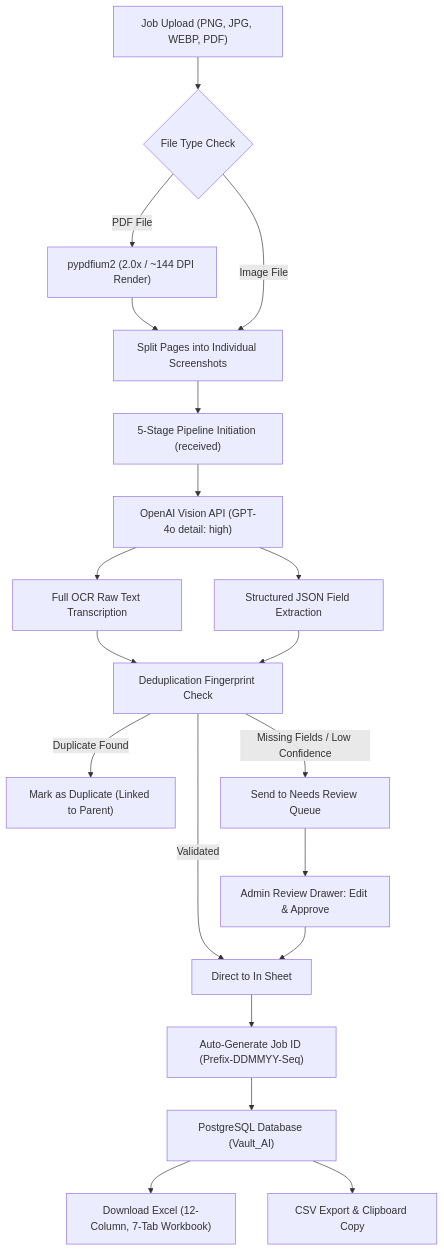
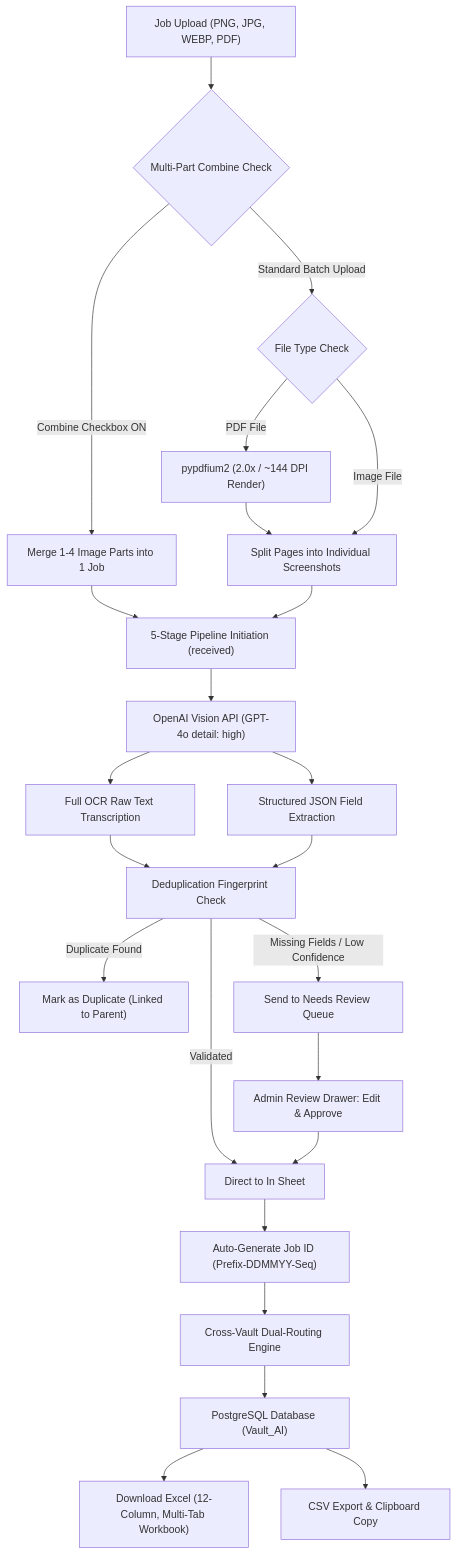
Before and after one commit to ddpldeveloperahul/Vault_AI: the diagram in README.md, drawn with Mermaid. The commit also changed other lines of this file and 23 other files, not shown here.

````diff
--- a/README.md
+++ b/README.md
@@ -69,22 +95,26 @@
 ```mermaid
 flowchart TD
-    A["Job Upload (PNG, JPG, WEBP, PDF)"] --> B{"File Type Check"}
-    B -- "PDF File" --> C1["pypdfium2 (2.0x / ~144 DPI Render)"]
-    C1 --> C2["Split Pages into Individual Screenshots"]
-    B -- "Image File" --> C2
-    C2 --> D["5-Stage Pipeline Initiation (received)"]
-    D --> E["OpenAI Vision API (GPT-4o detail: high)"]
-    E --> F["Full OCR Raw Text Transcription"]
-    E --> G["Structured JSON Field Extraction"]
-    F --> H["Deduplication Fingerprint Check"]
-    G --> H
-    H -- "Duplicate Found" --> I["Mark as Duplicate (Linked to Parent)"]
-    H -- "Missing Fields / Low Confidence" --> J["Send to Needs Review Queue"]
-    H -- "Validated" --> K["Direct to In Sheet"]
-    J --> L["Admin Review Drawer: Edit & Approve"]
-    L --> K
-    K --> M["Auto-Generate Job ID (Prefix-DDMMYY-Seq)"]
-    M --> N["PostgreSQL Database (Vault_AI)"]
-    N --> O["Download Excel (12-Column, 7-Tab Workbook)"]
-    N --> P["CSV Export & Clipboard Copy"]
+    A["Job Upload (PNG, JPG, WEBP, PDF)"] --> B{"Multi-Part Combine Check"}
+    B -- "Combine Checkbox ON" --> C1["Merge 1-4 Image Parts into 1 Job"]
+    B -- "Standard Batch Upload" --> C2{"File Type Check"}
+    C2 -- "PDF File" --> D1["pypdfium2 (2.0x / ~144 DPI Render)"]
+    D1 --> D2["Split Pages into Individual Screenshots"]
+    C2 -- "Image File" --> D2
+    C1 --> E["5-Stage Pipeline Initiation (received)"]
+    D2 --> E
+    E --> F["OpenAI Vision API (GPT-4o detail: high)"]
+    F --> G["Full OCR Raw Text Transcription"]
+    F --> H["Structured JSON Field Extraction"]
+    G --> I["Deduplication Fingerprint Check"]
+    H --> I
+    I -- "Duplicate Found" --> J["Mark as Duplicate (Linked to Parent)"]
+    I -- "Missing Fields / Low Confidence" --> K["Send to Needs Review Queue"]
+    I -- "Validated" --> L["Direct to In Sheet"]
+    K --> M["Admin Review Drawer: Edit & Approve"]
+    M --> L
+    L --> N["Auto-Generate Job ID (Prefix-DDMMYY-Seq)"]
+    N --> O["Cross-Vault Dual-Routing Engine"]
+    O --> P["PostgreSQL Database (Vault_AI)"]
+    P --> Q["Download Excel (12-Column, Multi-Tab Workbook)"]
+    P --> R["CSV Export & Clipboard Copy"]
 ```
````
